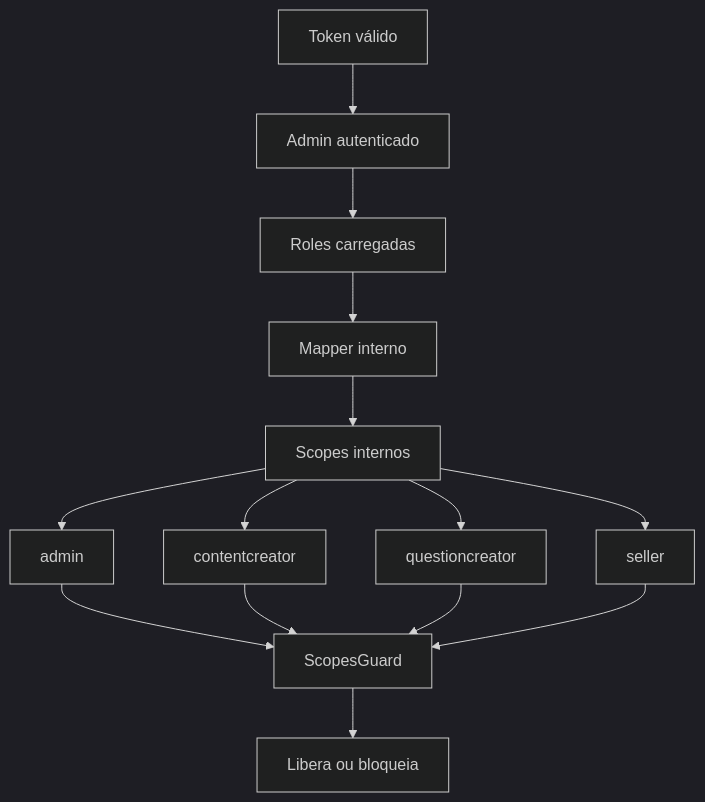
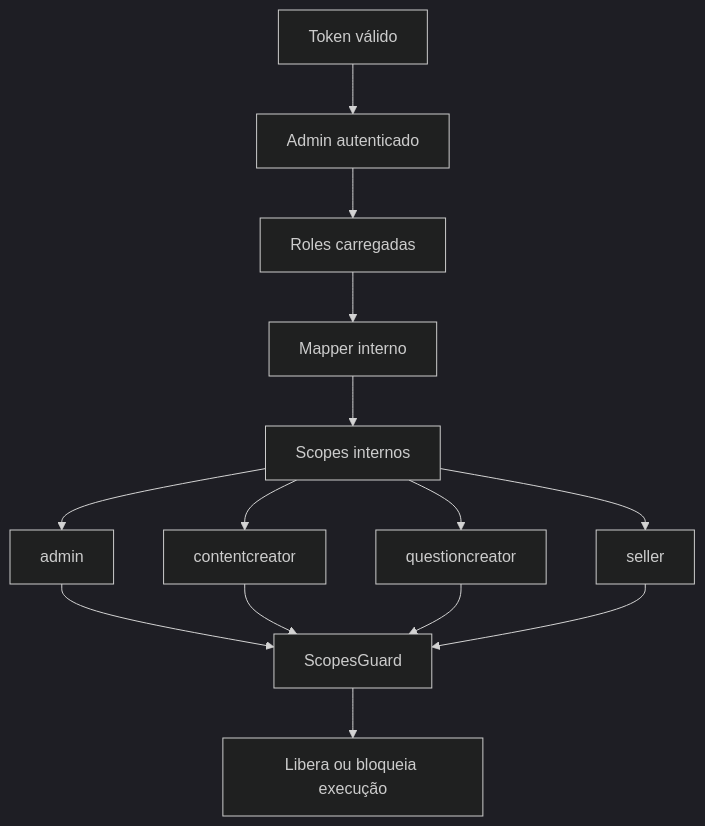
One commit to matheusdiamantino-betalent/IA changed the sixth of 8 diagrams in RFC-0001-Auth.md. Above: the diagram before and after it, drawn with Mermaid (dark theme). The commit also changed other lines of this file, not shown here.

````diff
--- a/RFC-0001-Auth.md
+++ b/RFC-0001-Auth.md
@@ -295,16 +441,16 @@
 ```mermaid
 flowchart TD
     A[Token válido] --> B[Admin autenticado]
     B --> C[Roles carregadas]
     C --> D[Mapper interno]
     D --> E[Scopes internos]
     E --> E1[admin]
     E --> E2[contentcreator]
     E --> E3[questioncreator]
     E --> E4[seller]
     E1 --> F[ScopesGuard]
     E2 --> F
     E3 --> F
     E4 --> F
-    F --> G[Libera ou bloqueia]
+    F --> G[Libera ou bloqueia execução]
 ```
````
